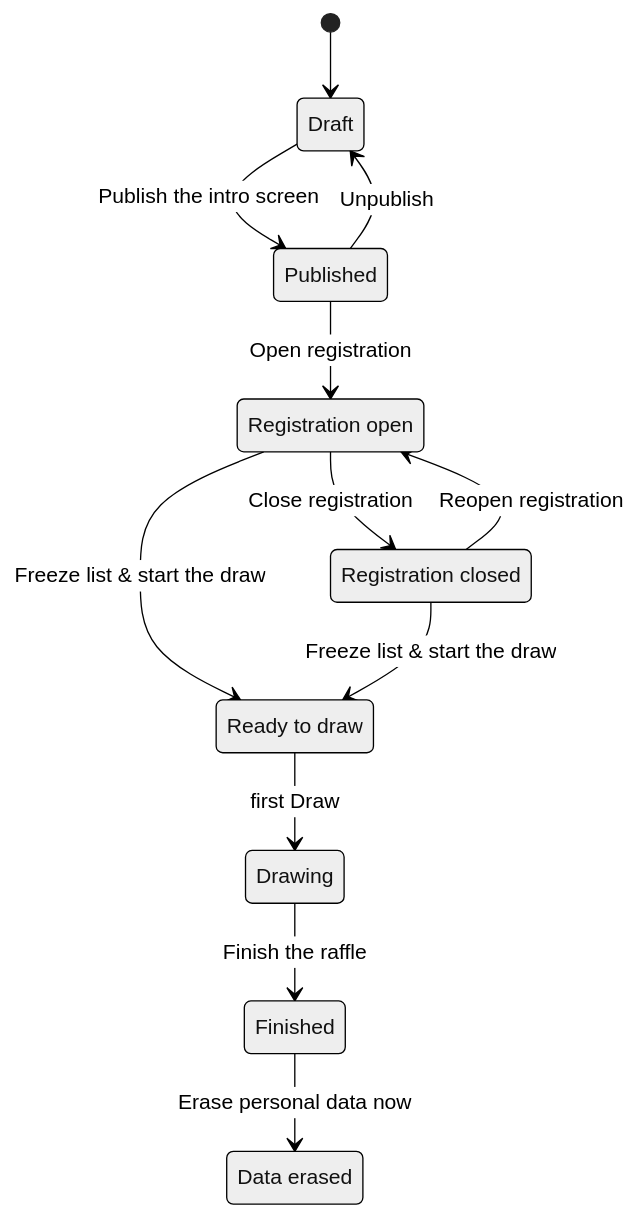
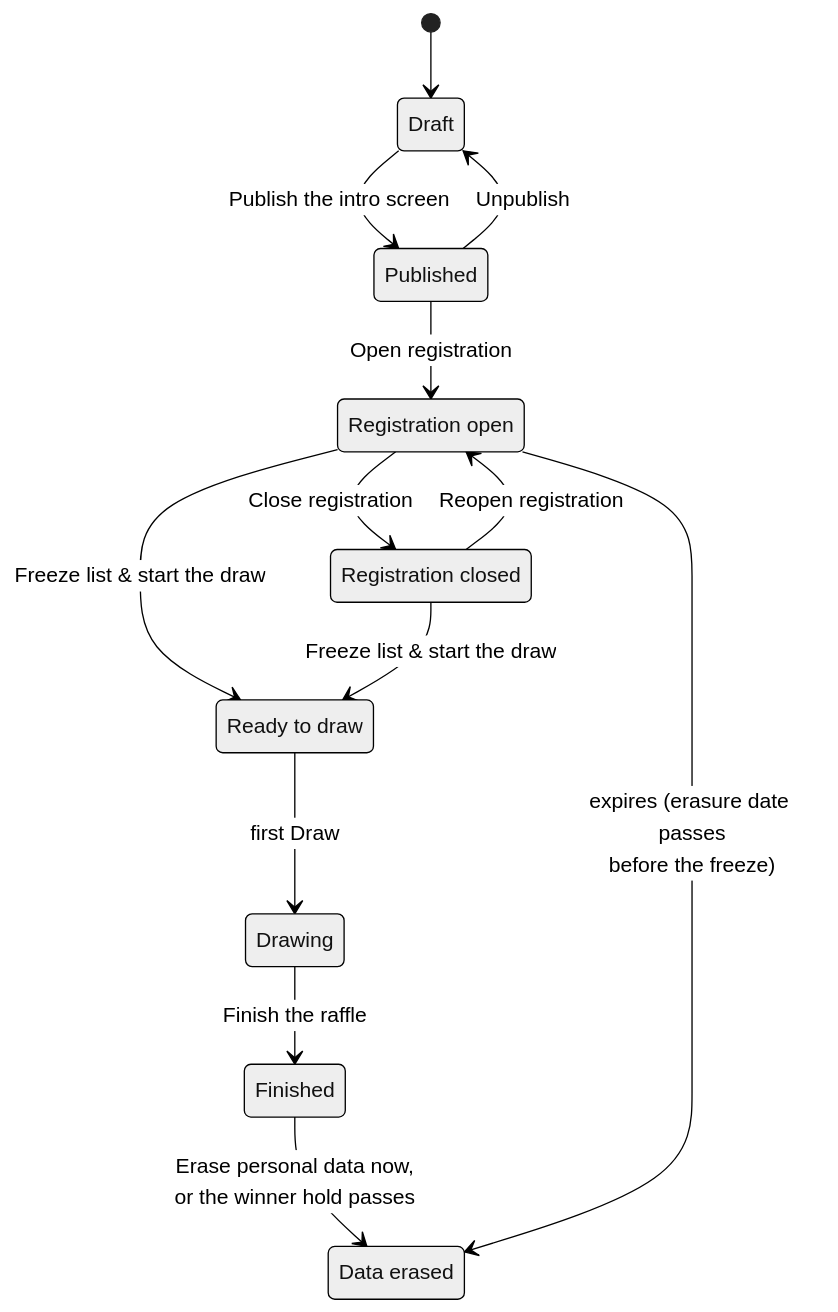
Before and after one commit to sagikazarmark/rafi.orig: the second of 2 diagrams in docs/guide/running-a-raffle.md, drawn with Mermaid (neutral theme). The commit also changed other lines of this file and 66 other files, not shown here.

````diff
--- a/docs/guide/running-a-raffle.md
+++ b/docs/guide/running-a-raffle.md
@@ -30,23 +30,24 @@
 ```mermaid
 stateDiagram-v2
     state "Draft" as Draft
     state "Published" as Ready
     state "Registration open" as Open
     state "Registration closed" as Closed
     state "Ready to draw" as Frozen
     state "Drawing" as Drawing
     state "Finished" as Finished
     state "Data erased" as Purged
 
     [*] --> Draft
     Draft --> Ready: Publish the intro screen
     Ready --> Draft: Unpublish
     Ready --> Open: Open registration
     Open --> Closed: Close registration
     Closed --> Open: Reopen registration
     Open --> Frozen: Freeze list & start the draw
     Closed --> Frozen: Freeze list & start the draw
     Frozen --> Drawing: first Draw
     Drawing --> Finished: Finish the raffle
-    Finished --> Purged: Erase personal data now
+    Finished --> Purged: Erase personal data now,<br/>or the winner hold passes
+    Open --> Purged: expires (erasure date passes<br/>before the freeze)
 ```
````
